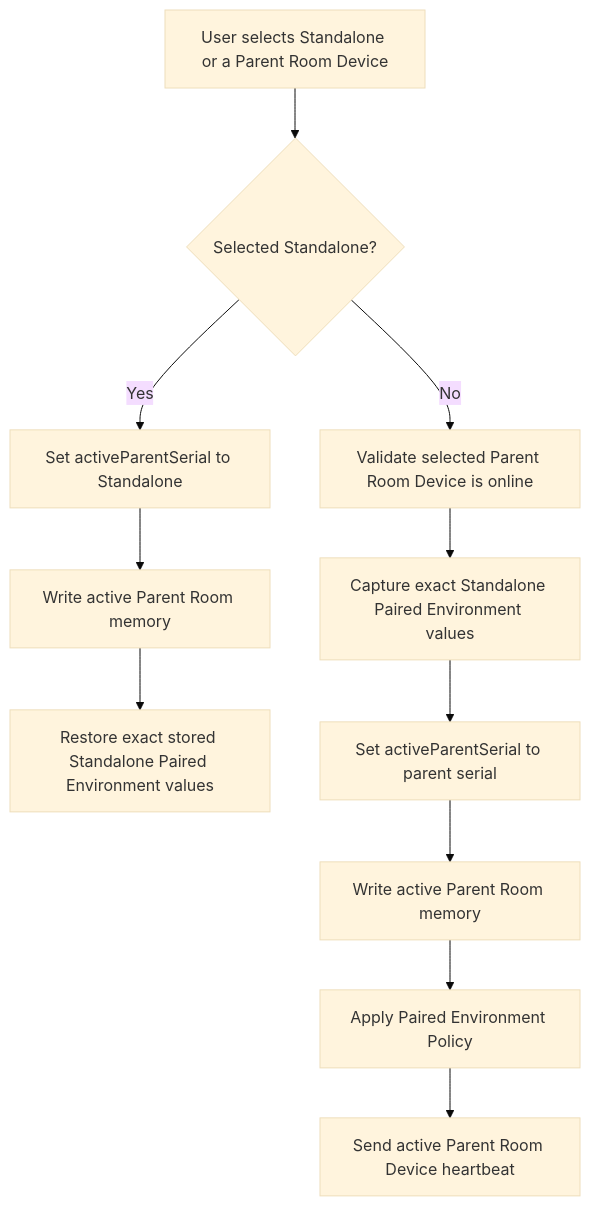
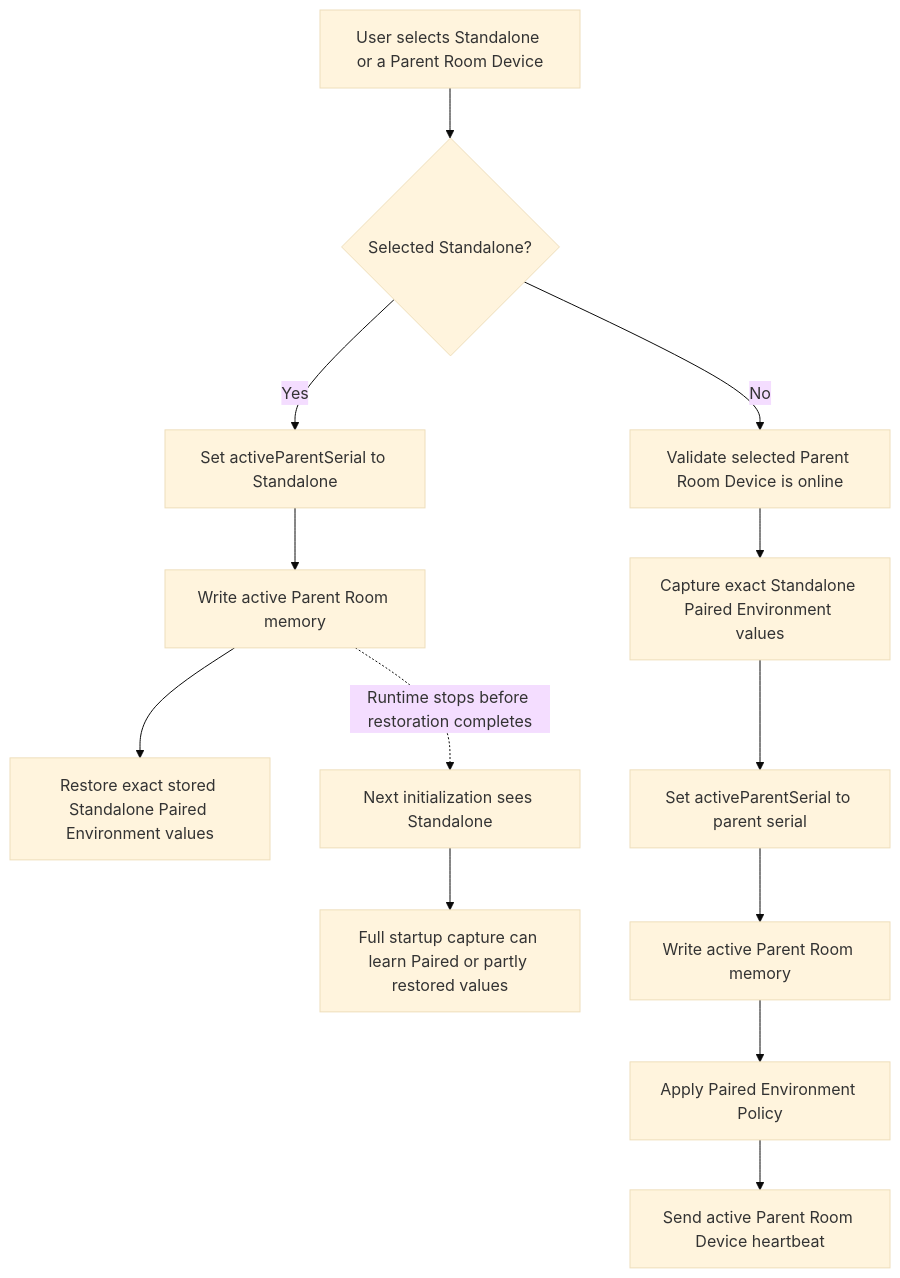
One commit to ctg-tme/Custom_Companion_2026 changed the ninth of 9 diagrams in README.md. Above: the diagram before and after it, drawn with Mermaid (base theme). The commit also changed other lines of this file and 1 other file, not shown here.

Commit message:
Document durable memory capture and restart risk

````diff
--- a/README.md
+++ b/README.md
@@ -325,13 +377,15 @@
 ```mermaid
 flowchart TD
 	A[User selects Standalone or a Parent Room Device] --> B{Selected Standalone?}
 	B -- Yes --> C[Set activeParentSerial to Standalone]
 	C --> D[Write active Parent Room memory]
 	D --> E[Restore exact stored Standalone Paired Environment values]
+	D -. Runtime stops before restoration completes .-> X[Next initialization sees Standalone]
+	X --> Y[Full startup capture can learn Paired or partly restored values]
 	B -- No --> F[Validate selected Parent Room Device is online]
 	F --> G[Capture exact Standalone Paired Environment values]
 	G --> H[Set activeParentSerial to parent serial]
 	H --> I[Write active Parent Room memory]
 	I --> J[Apply Paired Environment Policy]
 	J --> K[Send active Parent Room Device heartbeat]
 ```
````
